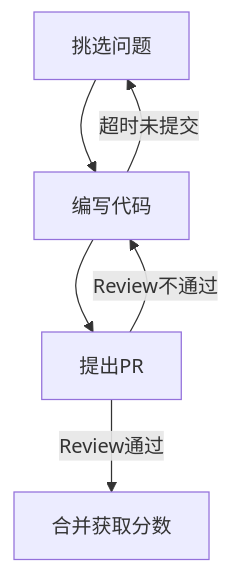
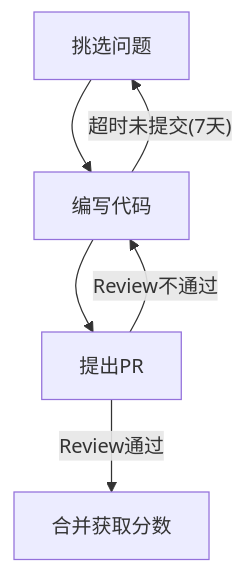
The diagram in docs/design.md (ti-community-infra/ti-challenge-bot), drawn with Mermaid before and after one commit. The commit also changed other lines of this file and 11 other files, not shown here.

````diff
--- a/docs/design.md
+++ b/docs/design.md
@@ -29,8 +24,8 @@
 ```mermaid
 graph TD;
   挑选问题-->编写代码;
-  编写代码--超时未提交-->挑选问题;
+  编写代码--超时未提交(7天)-->挑选问题;
   编写代码-->提出PR;
   提出PR--Review不通过-->编写代码;
   提出PR--Review通过-->合并获取分数;
 ```
````
